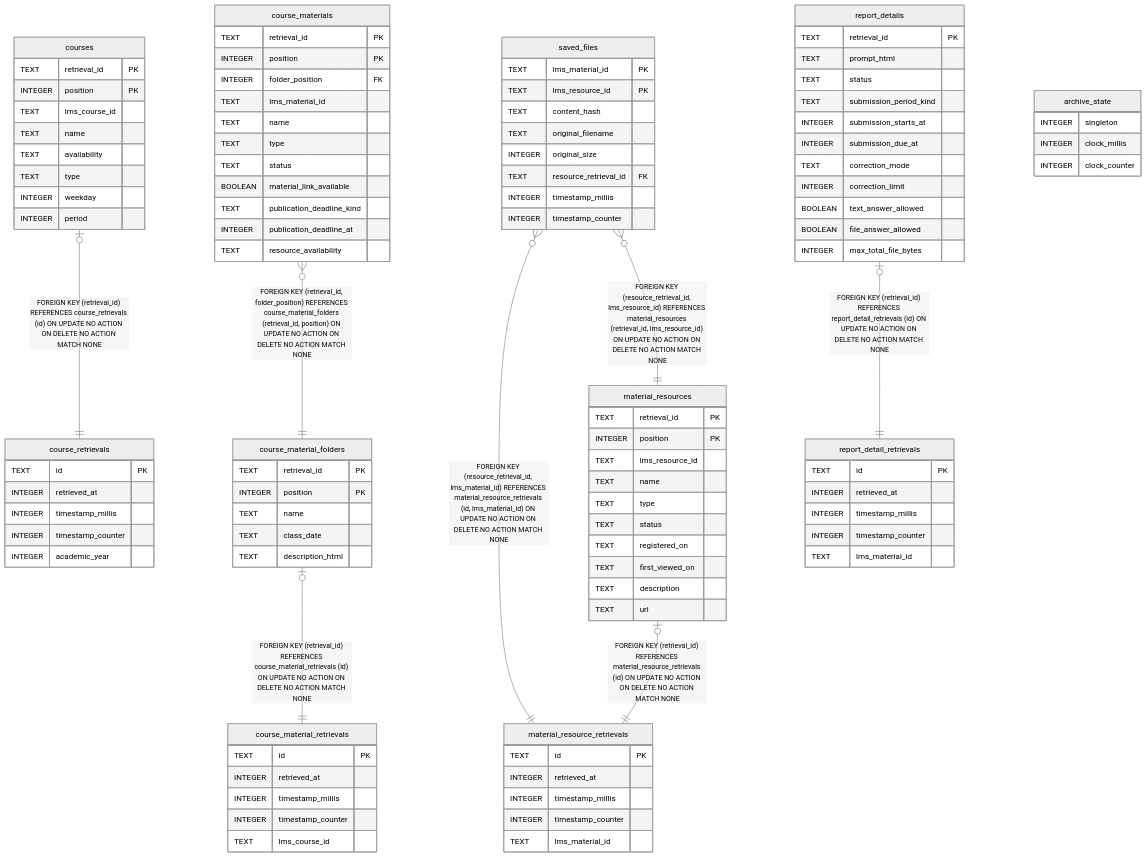
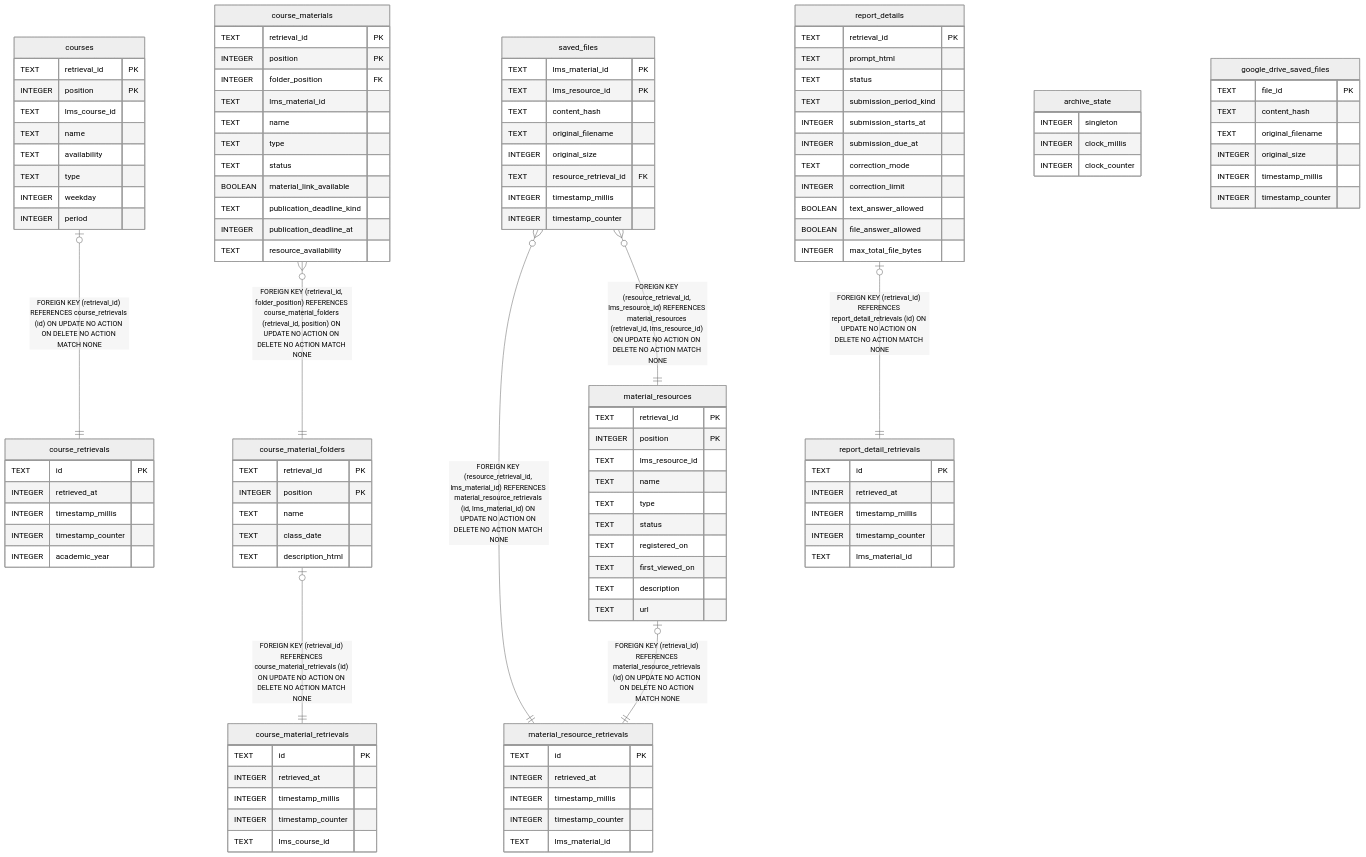
One commit to futsuuu/ku-potato changed the diagram in app-server/docs/db/README.md. Above: the diagram before and after it, drawn with Mermaid (neutral theme). The commit also changed other lines of this file and 56 other files, not shown here.

First line of the commit message:
app-server: separate google drive files from lms resources

```diff
--- a/app-server/docs/db/README.md
+++ b/app-server/docs/db/README.md
@@ -107,6 +108,14 @@
   INTEGER timestamp_millis
   INTEGER timestamp_counter
 }
+"google_drive_saved_files" {
+  TEXT file_id PK
+  TEXT content_hash
+  TEXT original_filename
+  INTEGER original_size
+  INTEGER timestamp_millis
+  INTEGER timestamp_counter
+}
 "report_detail_retrievals" {
   TEXT id PK
   INTEGER retrieved_at
```
